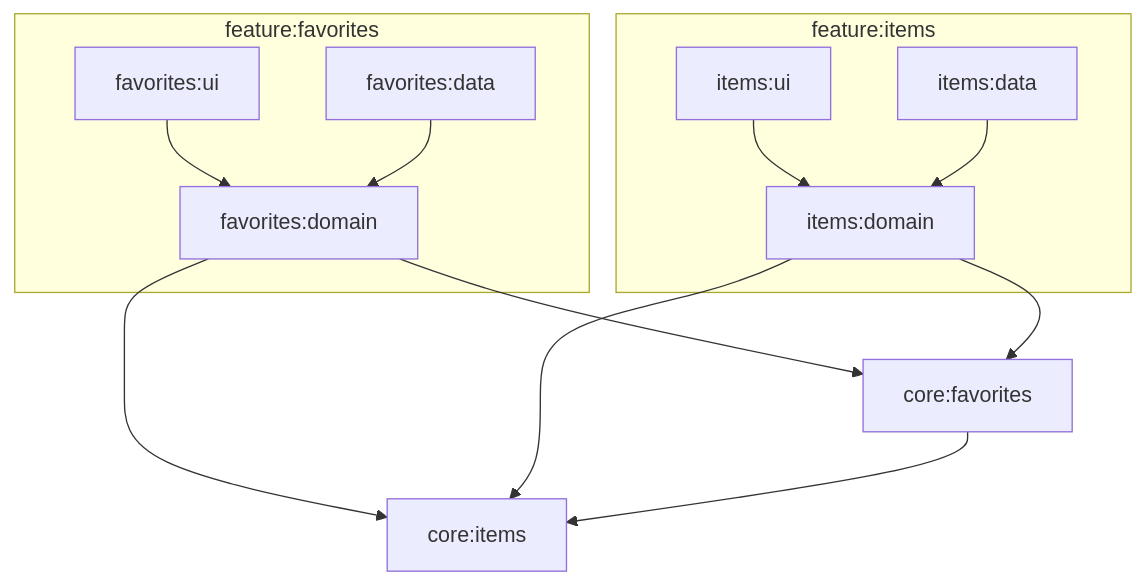
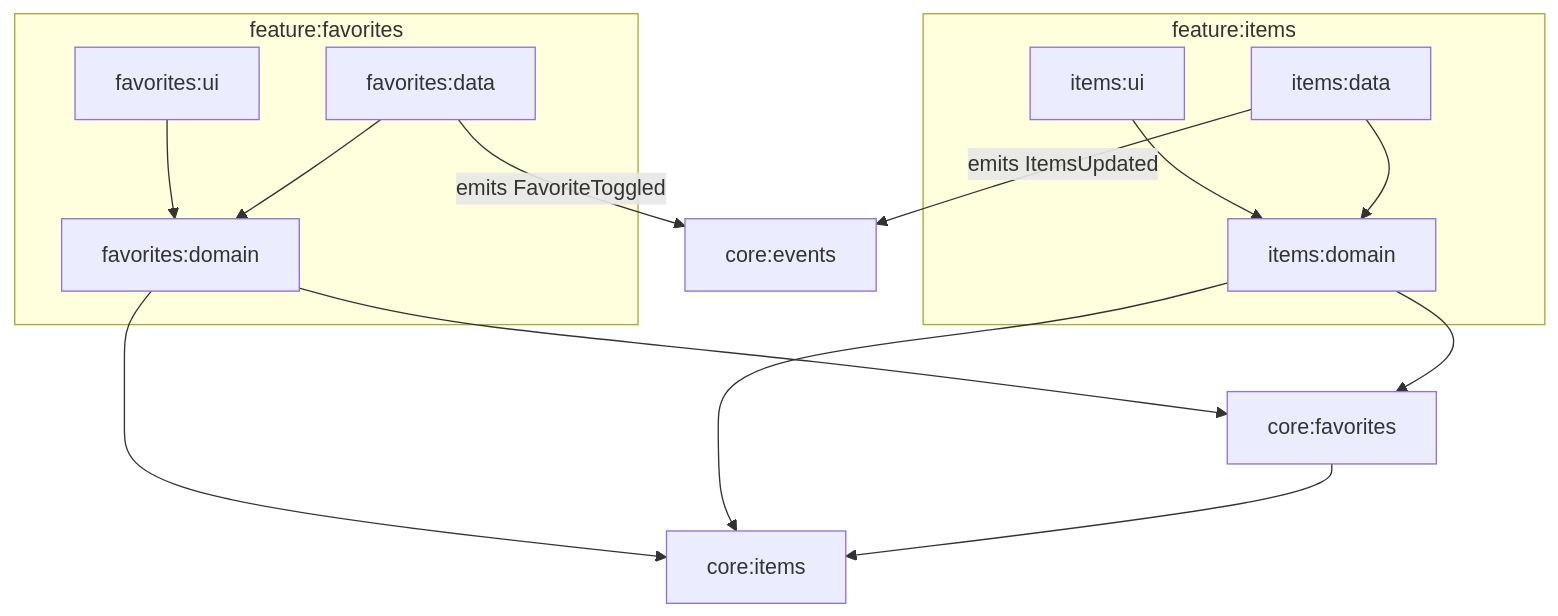
One commit to Ashanen/Castociasto changed the fourth of 13 diagrams in README.md. Above: the diagram before and after it, drawn with Mermaid. The commit also changed other lines of this file and 54 other files, not shown here.

First line of the commit message:
Add offline-first architecture with Room, event bus, and Compose testTag E2E support

````diff
--- a/README.md
+++ b/README.md
@@ -164,18 +178,21 @@
 ```mermaid
 graph TB
     subgraph "feature:favorites"
         FU[favorites:ui] --> FDom[favorites:domain]
         FData[favorites:data] --> FDom
     end
 
     subgraph "feature:items"
         IU[items:ui] --> IDom[items:domain]
         IData[items:data] --> IDom
     end
 
+    FData -->|emits FavoriteToggled| EB[core:events]
+    IData -->|emits ItemsUpdated| EB
+
     FDom --> CoreFav[core:favorites]
     FDom --> CoreItems[core:items]
     IDom --> CoreItems
     IDom --> CoreFav
     CoreFav --> CoreItems
 ```
````
